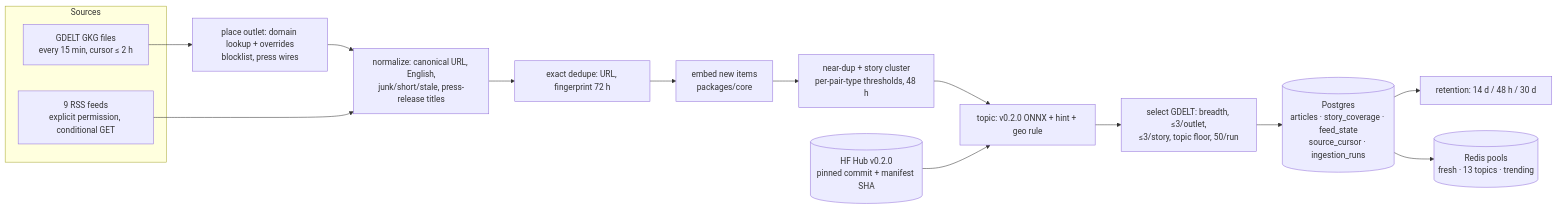
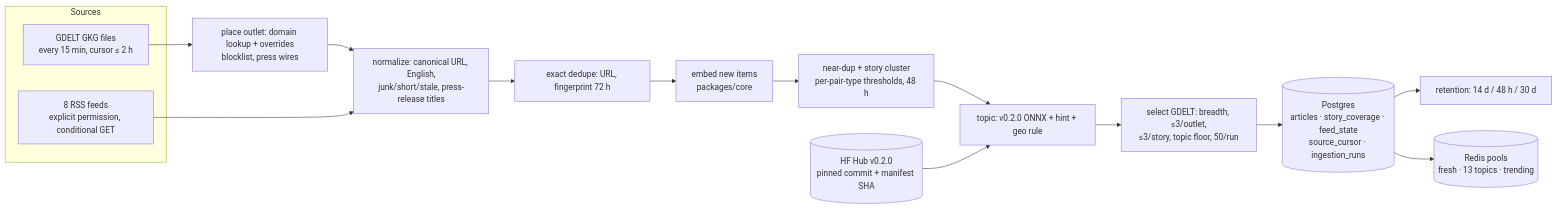
One commit to Unmesh30/firstread changed the diagram in docs/learn/02-live-ingestion.md. Above: the diagram before and after it, drawn with Mermaid. The commit also changed other lines of this file and 2 other files, not shown here.

Commit message:
docs: Phase 2 follow-ups in ADR 0007, learn chapter 02 and architecture (8 RSS feeds)

````diff
--- a/docs/learn/02-live-ingestion.md
+++ b/docs/learn/02-live-ingestion.md
@@ -118,19 +118,19 @@
 ```mermaid
 flowchart LR
   subgraph Sources
     GKG[GDELT GKG files<br/>every 15 min, cursor ≤ 2 h]
-    RSS[9 RSS feeds<br/>explicit permission, conditional GET]
+    RSS[8 RSS feeds<br/>explicit permission, conditional GET]
   end
   GKG --> PL[place outlet: domain lookup + overrides<br/>blocklist, press wires]
   PL --> N
   RSS --> N[normalize: canonical URL, English,<br/>junk/short/stale, press-release titles]
   N --> X[exact dedupe: URL, fingerprint 72 h]
   X --> E[embed new items<br/>packages/core]
   E --> D[near-dup + story cluster<br/>per-pair-type thresholds, 48 h]
   D --> T[topic: v0.2.0 ONNX + hint + geo rule]
   T --> S[select GDELT: breadth, ≤3/outlet,<br/>≤3/story, topic floor, 50/run]
   S --> PG[(Postgres<br/>articles · story_coverage · feed_state<br/>source_cursor · ingestion_runs)]
   PG --> R[retention: 14 d / 48 h / 30 d]
   PG --> P[(Redis pools<br/>fresh · 13 topics · trending)]
   HF[(HF Hub v0.2.0<br/>pinned commit + manifest SHA)] --> T
 ```
````
